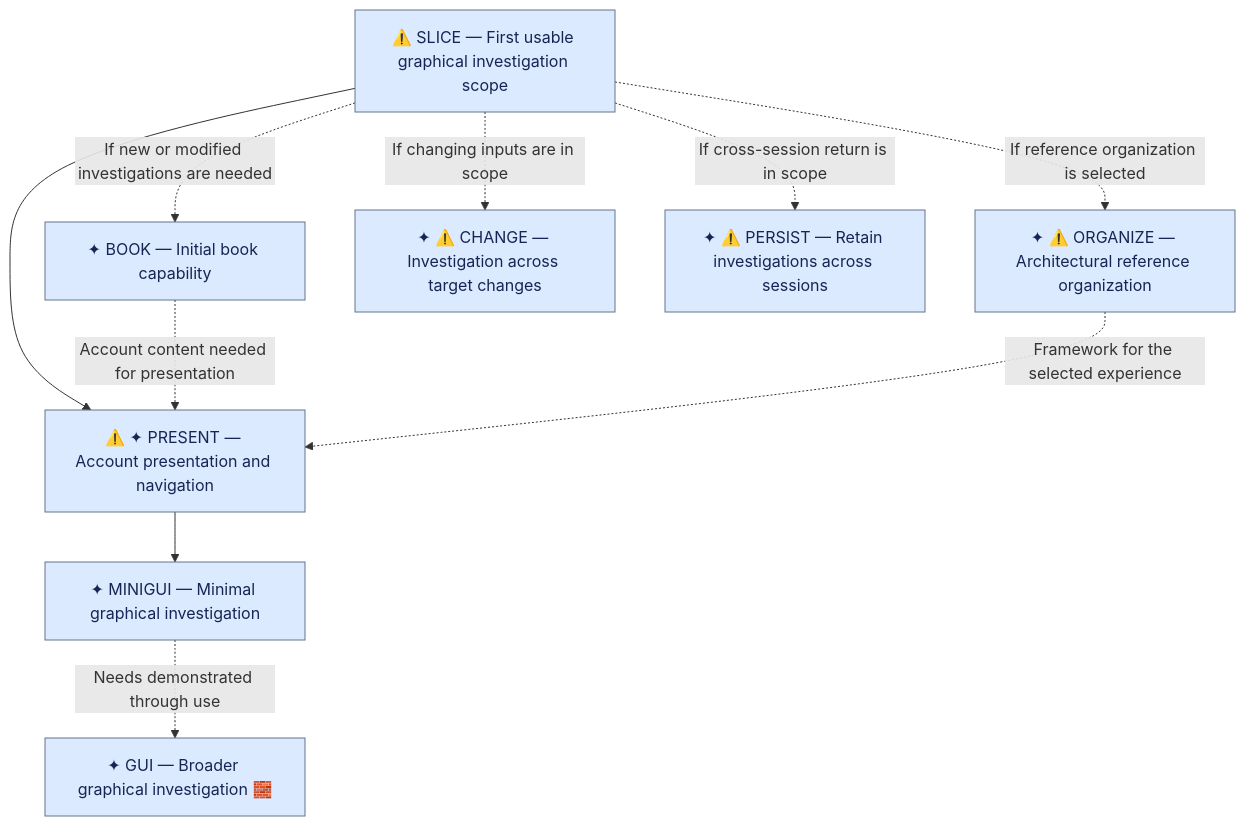
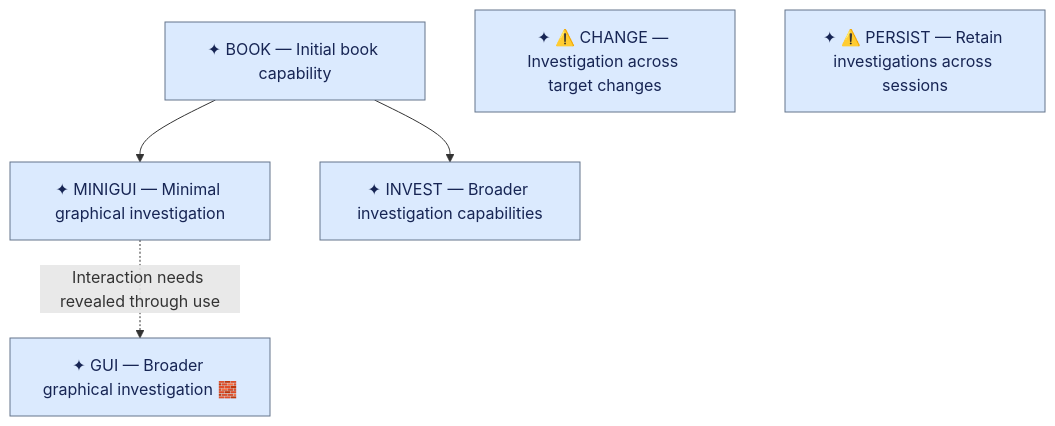
The diagram in steering/upcoming-work.md (ronen/postcode), drawn with Mermaid before and after one commit. The commit also changed other lines of this file, not shown here.

Commit message:
Reorganize upcoming work around the book-model handoff

````diff
--- a/steering/upcoming-work.md
+++ b/steering/upcoming-work.md
@@ -75,14 +75,10 @@
 ```mermaid
 flowchart TD
-    SLICE["⚠️ SLICE — First usable graphical investigation scope"] --> PRESENT["⚠️ ✦ PRESENT — Account presentation and navigation"]
-    SLICE -. If new or modified investigations are needed .-> BOOK["✦ BOOK — Initial book capability"]
-    BOOK -. Account content needed for presentation .-> PRESENT
-    SLICE -. If reference organization is selected .-> ORGANIZE["✦ ⚠️ ORGANIZE — Architectural reference organization"]
-    ORGANIZE -. Framework for the selected experience .-> PRESENT
-    PRESENT --> MINIGUI["✦ MINIGUI — Minimal graphical investigation"]
-    MINIGUI -. Needs demonstrated through use .-> GUI["✦ GUI — Broader graphical investigation 🧱"]
-    SLICE -. If changing inputs are in scope .-> CHANGE["✦ ⚠️ CHANGE — Investigation across target changes"]
-    SLICE -. If cross-session return is in scope .-> PERSIST["✦ ⚠️ PERSIST — Retain investigations across sessions"]
+    BOOK["✦ BOOK — Initial book capability"] --> MINIGUI["✦ MINIGUI — Minimal graphical investigation"]
+    BOOK --> INVEST["✦ INVEST — Broader investigation capabilities"]
+    MINIGUI -. Interaction needs revealed through use .-> GUI["✦ GUI — Broader graphical investigation 🧱"]
+    CHANGE["✦ ⚠️ CHANGE — Investigation across target changes"]
+    PERSIST["✦ ⚠️ PERSIST — Retain investigations across sessions"]
 
     classDef default fill:#dbeafe,stroke:#64748b,color:#172554
 ```
````
